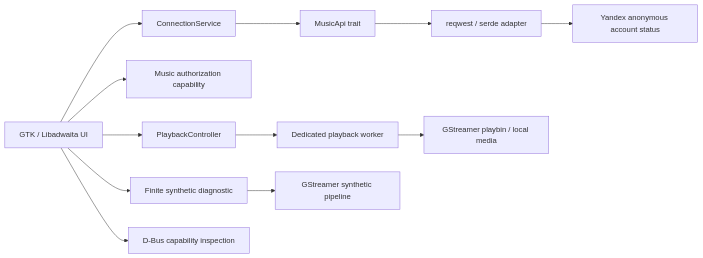
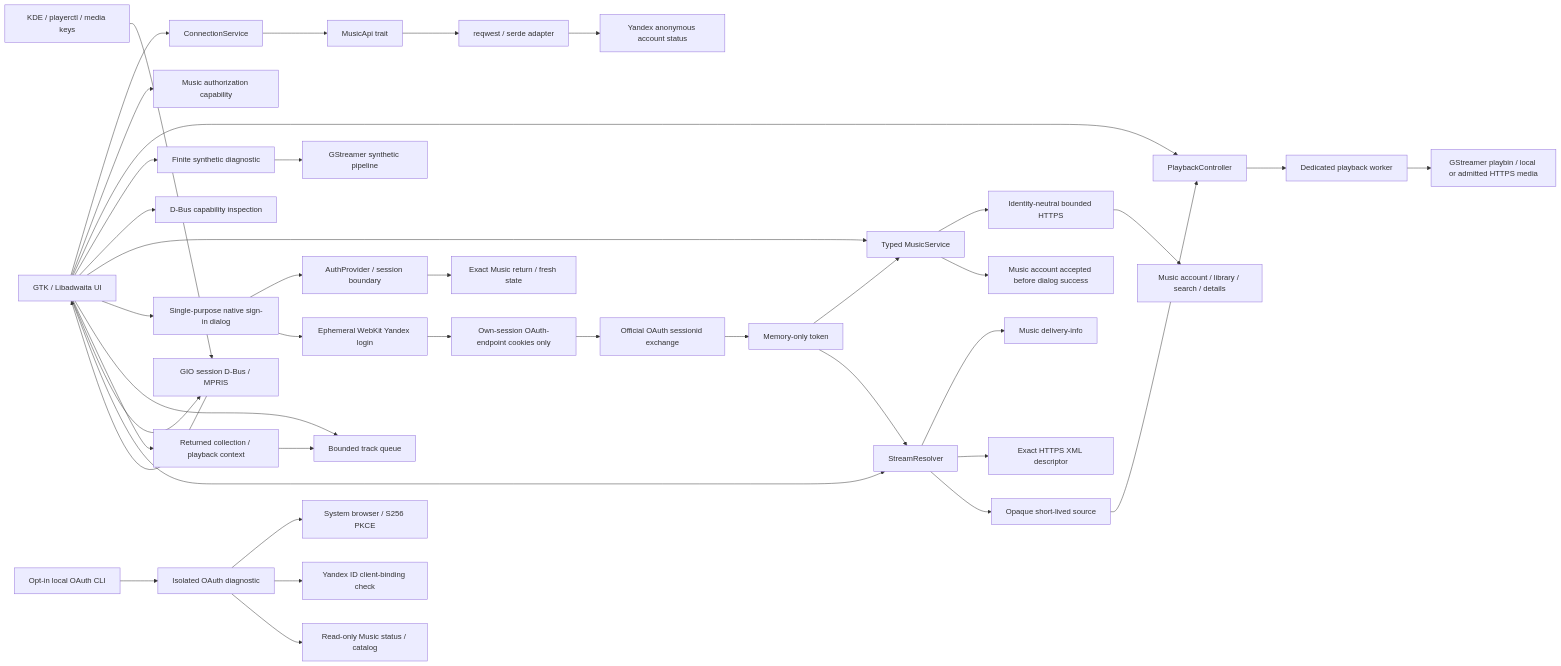
Before and after one commit to tracerxbrhd/karin: the diagram in docs/ARCHITECTURE.md, drawn with Mermaid. The commit also changed other lines of this file and 109 other files, not shown here.

First line of the commit message:
feat: integrate Karin native music prototype (#13)

````diff
--- a/docs/ARCHITECTURE.md
+++ b/docs/ARCHITECTURE.md
@@ -8,14 +12,42 @@
 ```mermaid
 flowchart LR
   UI[GTK / Libadwaita UI] --> Service[ConnectionService]
   Service --> Boundary[MusicApi trait]
   Boundary --> API[reqwest / serde adapter]
   API --> Remote[Yandex anonymous account status]
   UI --> Capability[Music authorization capability]
   UI --> Player[PlaybackController]
   Player --> Worker[Dedicated playback worker]
-  Worker --> Playbin[GStreamer playbin / local media]
+  Worker --> Playbin[GStreamer playbin / local or admitted HTTPS media]
   UI --> Audio[Finite synthetic diagnostic]
   Audio --> GST[GStreamer synthetic pipeline]
   UI --> Platform[D-Bus capability inspection]
+  UI --> MusicService[Typed MusicService]
+  MusicService --> MusicHTTP[Identity-neutral bounded HTTPS]
+  MusicHTTP --> MusicREST[Music account / library / search / details]
+  UI --> Login[Single-purpose native sign-in dialog]
+  Login --> Auth[AuthProvider / session boundary]
+  Login --> WebKit[Ephemeral WebKit Yandex login]
+  Auth --> Return[Exact Music return / fresh state]
+  WebKit --> Cookies[Own-session OAuth-endpoint cookies only]
+  Cookies --> Grant[Official OAuth sessionid exchange]
+  Grant --> Session[Memory-only token]
+  Session --> MusicService
+  MusicService --> Validation[Music account accepted before dialog success]
+  UI --> Queue[Bounded track queue]
+  UI --> Context[Returned collection / playback context]
+  Context --> Queue
+  Desktop[KDE / playerctl / media keys] --> MPRIS[GIO session D-Bus / MPRIS]
+  MPRIS --> UI
+  UI --> MPRIS
+  UI --> Resolver[StreamResolver]
+  Session --> Resolver
+  Resolver --> Offers[Music delivery-info]
+  Resolver --> Descriptor[Exact HTTPS XML descriptor]
+  Resolver --> Source[Opaque short-lived source]
+  Source --> Player
+  CLI[Opt-in local OAuth CLI] --> OAuth[Isolated OAuth diagnostic]
+  OAuth --> Browser[System browser / S256 PKCE]
+  OAuth --> ID[Yandex ID client-binding check]
+  OAuth --> Music[Read-only Music status / catalog]
 ```
````
